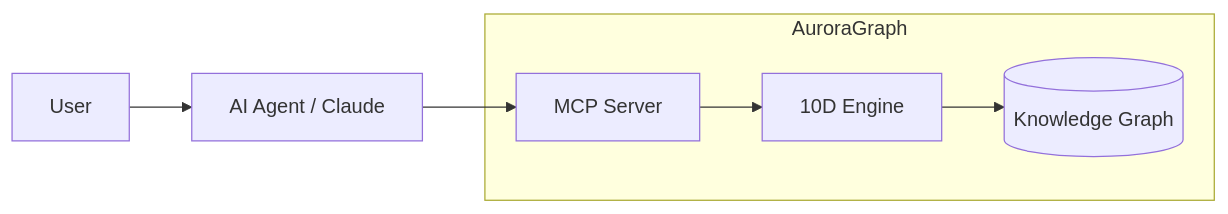
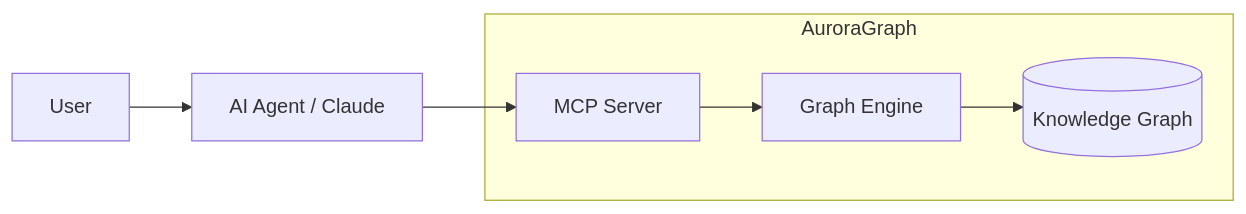
Before and after one commit to serguei9090/AuroraGraph9D: the second of 2 diagrams in ARCHITECTURE.md, drawn with Mermaid. The commit also changed other lines of this file and 57 other files, not shown here.

````diff
--- a/ARCHITECTURE.md
+++ b/ARCHITECTURE.md
@@ -59,9 +59,9 @@
 ```mermaid
 graph LR
     User[User] --> Agent[AI Agent / Claude]
     Agent --> MCP[MCP Server]
     subgraph AuroraGraph
-        MCP --> Engine[10D Engine]
+        MCP --> Engine[Graph Engine]
         Engine --> Data[(Knowledge Graph)]
     end
 ```
````
